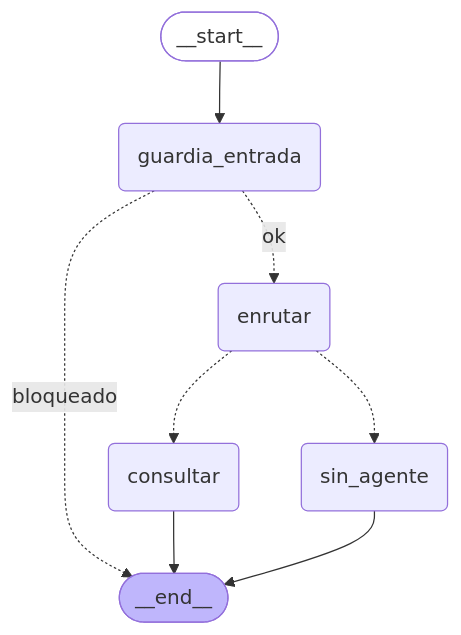
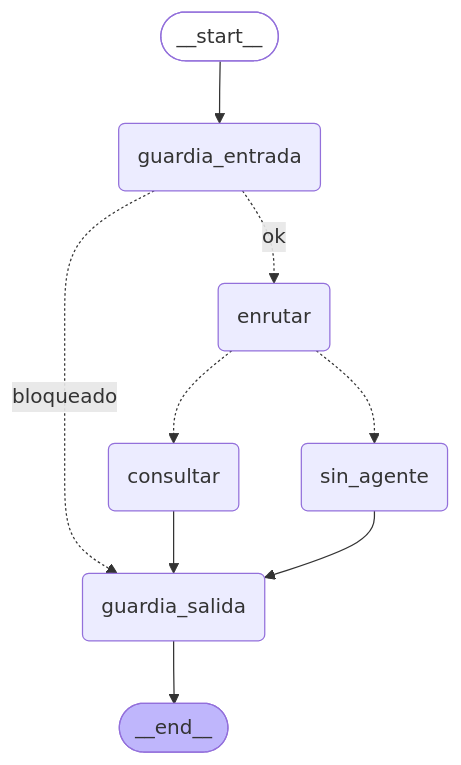
Before and after one commit to etmunoz/tarea_1_curso_2: the diagram in evidencias/09-diagramas.md, drawn with Mermaid. The commit also changed other lines of this file and 228 other files, not shown here.

First line of the commit message:
47 · Guardrail de salida completo (guardia_salida) + allow-list de agentes

````diff
--- a/evidencias/09-diagramas.md
+++ b/evidencias/09-diagramas.md
@@ -18,18 +18,20 @@
 ```mermaid
 graph TD;
 	__start__([__start__]):::first
 	guardia_entrada(guardia_entrada)
 	enrutar(enrutar)
 	consultar(consultar)
 	sin_agente(sin_agente)
+	guardia_salida(guardia_salida)
 	__end__([__end__]):::last
 	__start__ --> guardia_entrada;
+	guardia_entrada -. ok .-> enrutar;
+	guardia_entrada -. bloqueado .-> guardia_salida;
 	enrutar -.-> consultar;
 	enrutar -.-> sin_agente;
-	guardia_entrada -. bloqueado .-> __end__;
-	guardia_entrada -. ok .-> enrutar;
-	consultar --> __end__;
-	sin_agente --> __end__;
+	consultar --> guardia_salida;
+	sin_agente --> guardia_salida;
+	guardia_salida --> __end__;
 	classDef first fill-opacity:0
 	classDef last fill:#bfb6fc
 ```
````
